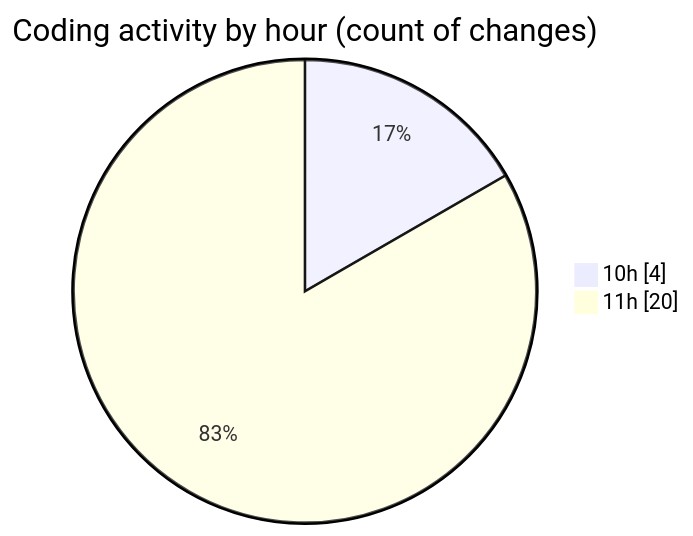
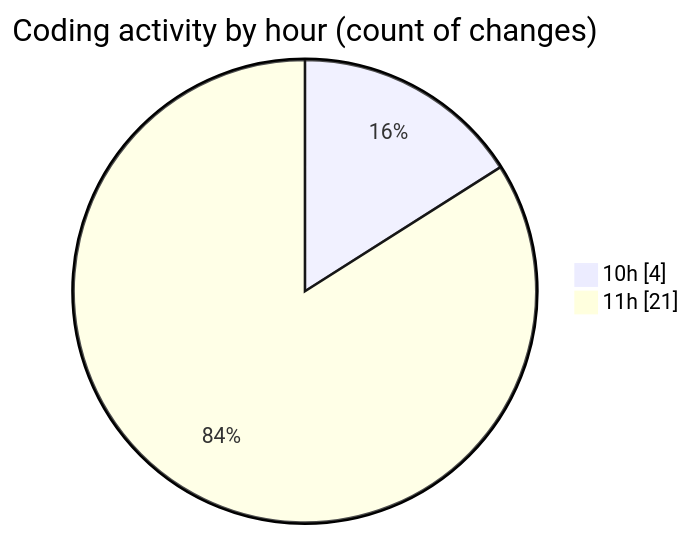
One commit to LanceThiago/code-tracking changed the second of 2 diagrams in 2025-05-15/jogo/README.md. Above: the diagram before and after it, drawn with Mermaid. The commit also changed other lines of this file and 1 other file, not shown here.

````diff
--- a/2025-05-15/jogo/README.md
+++ b/2025-05-15/jogo/README.md
@@ -32,6 +32,6 @@
 ```mermaid
 pie showData
 title Coding activity by hour (count of changes)
 "10h" : 4
-"11h" : 20
+"11h" : 21
 ```
````
